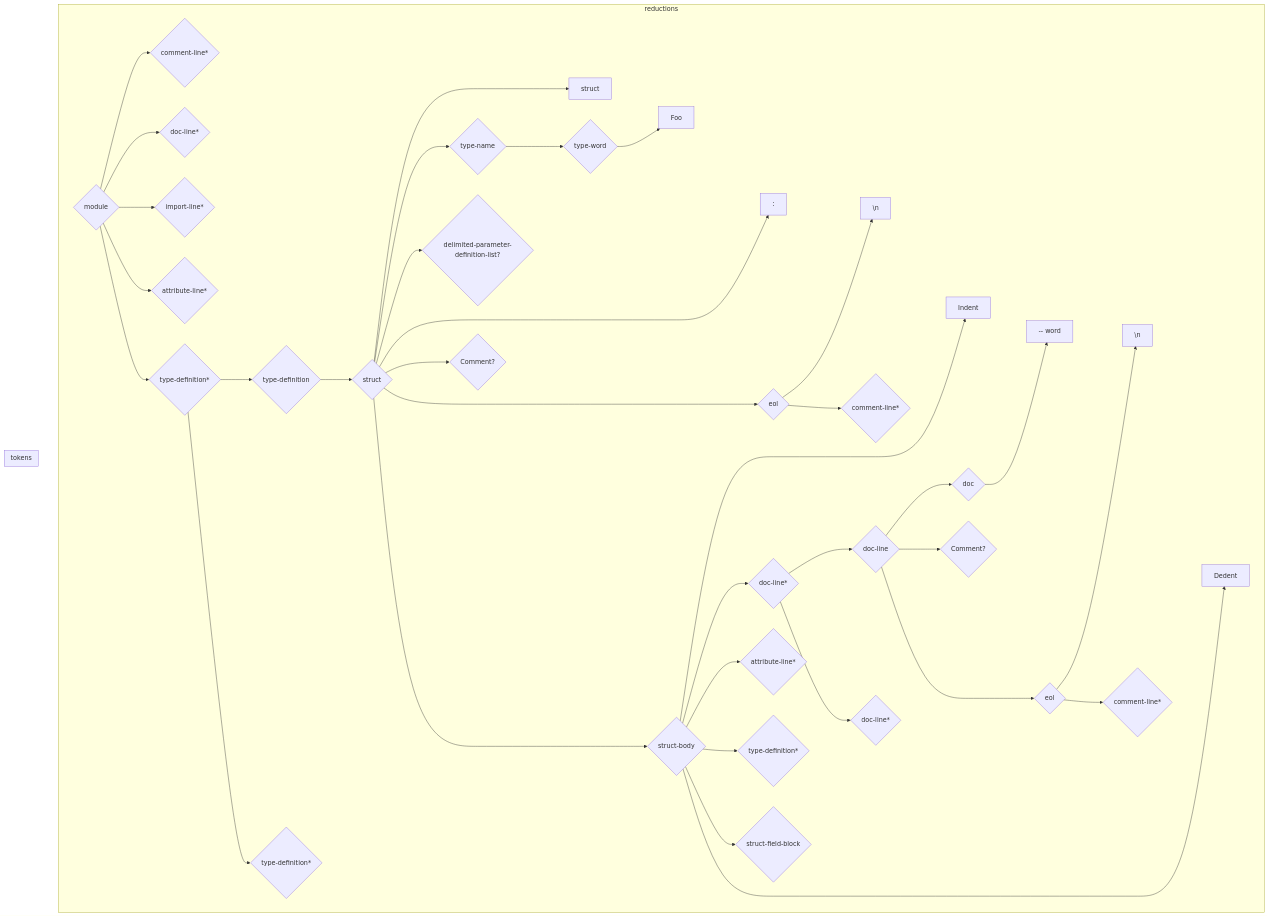
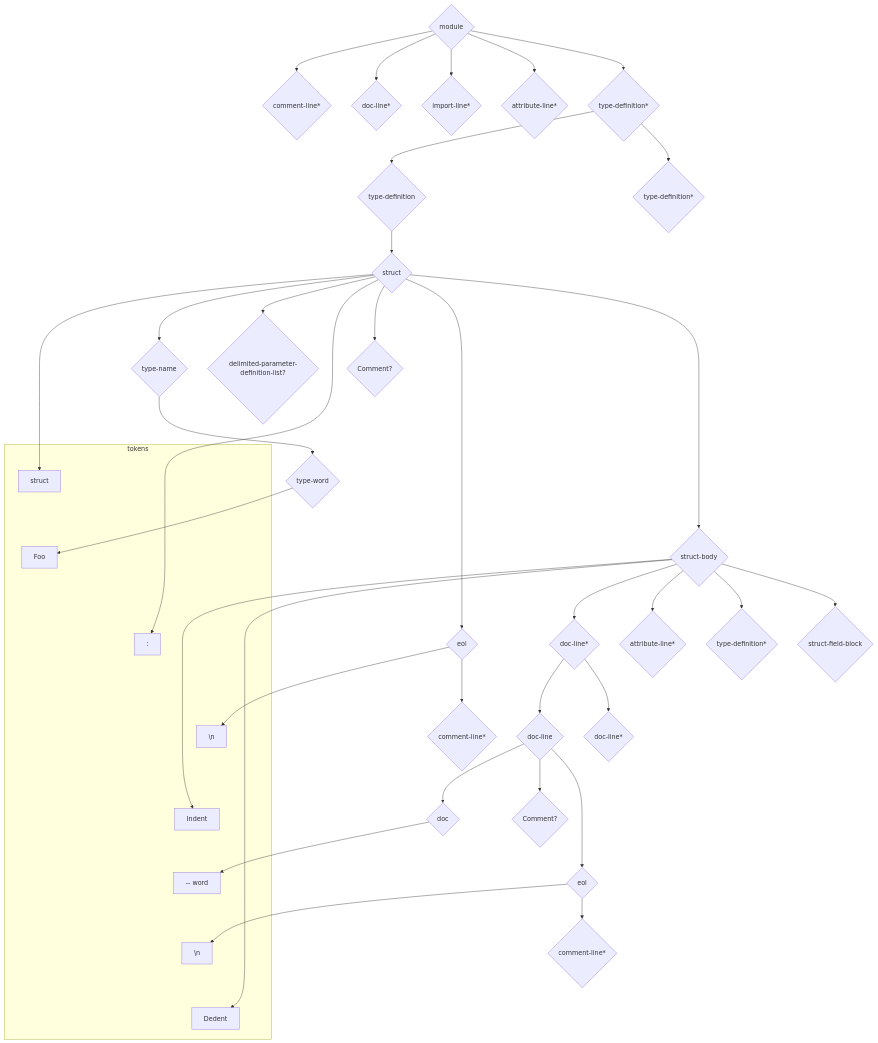
The seventh of 7 diagrams in doc/design.md (reventlov/emboss), drawn with Mermaid before and after one commit.

````diff
--- a/doc/design.md
+++ b/doc/design.md
@@ -472,75 +472,73 @@
 ```mermaid
 graph TD
-  subgraph reductions
-  r0@{shape: diamond, label: "module"}
-  r0 --> r1
-  r0 --> r2
-  r0 --> r3
-  r0 --> r4
-  r0 --> r5
-  r1@{shape: diamond, label: "comment-line*"}
-  r2@{shape: diamond, label: "doc-line*"}
-  r3@{shape: diamond, label: "import-line*"}
-  r4@{shape: diamond, label: "attribute-line*"}
-  r5@{shape: diamond, label: "type-definition*"}
-  r5 --> r6
-  r5 --> r25
-  r6@{shape: diamond, label: "type-definition"}
-  r6 --> r7
-  r7@{shape: diamond, label: "struct"}
-  r7 --> t0
-  r7 --> r8
-  r7 --> r10
-  r7 --> t2
-  r7 --> r11
-  r7 --> r12
-  r7 --> r14
-  r8@{shape: diamond, label: "type-name"}
-  r8 --> r9
-  r9@{shape: diamond, label: "type-word"}
-  r9 --> t1
-  r10@{shape: diamond, label: "delimited-parameter-definition-list?"}
-  r11@{shape: diamond, label: "Comment?"}
-  r12@{shape: diamond, label: "eol"}
-  r12 --> t3
-  r12 --> r13
-  r13@{shape: diamond, label: "comment-line*"}
-  r14@{shape: diamond, label: "struct-body"}
-  r14 --> t4
-  r14 --> r15
-  r14 --> r22
-  r14 --> r23
-  r14 --> r24
-  r14 --> t7
-  r15@{shape: diamond, label: "doc-line*"}
-  r15 --> r16
-  r15 --> r21
-  r16@{shape: diamond, label: "doc-line"}
-  r16 --> r17
-  r16 --> r18
-  r16 --> r19
-  r17@{shape: diamond, label: "doc"}
-  r17 --> t5
-  r18@{shape: diamond, label: "Comment?"}
-  r19@{shape: diamond, label: "eol"}
-  r19 --> t6
-  r19 --> r20
-  r20@{shape: diamond, label: "comment-line*"}
-  r21@{shape: diamond, label: "doc-line*"}
-  r22@{shape: diamond, label: "attribute-line*"}
-  r23@{shape: diamond, label: "type-definition*"}
-  r24@{shape: diamond, label: "struct-field-block"}
-  r25@{shape: diamond, label: "type-definition*"}
-  end
+    r0@{shape: diamond, label: "module"}
+    r0 --> r1
+    r0 --> r2
+    r0 --> r3
+    r0 --> r4
+    r0 --> r5
+    r1@{shape: diamond, label: "comment-line*"}
+    r2@{shape: diamond, label: "doc-line*"}
+    r3@{shape: diamond, label: "import-line*"}
+    r4@{shape: diamond, label: "attribute-line*"}
+    r5@{shape: diamond, label: "type-definition*"}
+    r5 --> r6
+    r5 --> r25
+    r6@{shape: diamond, label: "type-definition"}
+    r6 --> r7
+    r7@{shape: diamond, label: "struct"}
+    r7 --> t0
+    r7 --> r8
+    r7 --> r10
+    r7 --> t2
+    r7 --> r11
+    r7 --> r12
+    r7 --> r14
+    r8@{shape: diamond, label: "type-name"}
+    r8 --> r9
+    r9@{shape: diamond, label: "type-word"}
+    r9 --> t1
+    r10@{shape: diamond, label: "delimited-parameter-definition-list?"}
+    r11@{shape: diamond, label: "Comment?"}
+    r12@{shape: diamond, label: "eol"}
+    r12 --> t3
+    r12 --> r13
+    r13@{shape: diamond, label: "comment-line*"}
+    r14@{shape: diamond, label: "struct-body"}
+    r14 --> t4
+    r14 --> r15
+    r14 --> r22
+    r14 --> r23
+    r14 --> r24
+    r14 --> t7
+    r15@{shape: diamond, label: "doc-line*"}
+    r15 --> r16
+    r15 --> r21
+    r16@{shape: diamond, label: "doc-line"}
+    r16 --> r17
+    r16 --> r18
+    r16 --> r19
+    r17@{shape: diamond, label: "doc"}
+    r17 --> t5
+    r18@{shape: diamond, label: "Comment?"}
+    r19@{shape: diamond, label: "eol"}
+    r19 --> t6
+    r19 --> r20
+    r20@{shape: diamond, label: "comment-line*"}
+    r21@{shape: diamond, label: "doc-line*"}
+    r22@{shape: diamond, label: "attribute-line*"}
+    r23@{shape: diamond, label: "type-definition*"}
+    r24@{shape: diamond, label: "struct-field-block"}
+    r25@{shape: diamond, label: "type-definition*"}
   subgraph tokens
     t0 ~~~ t1 ~~~ t2 ~~~ t3 ~~~ t4 ~~~ t5 ~~~ t6 ~~~ t7
     t0@{shape: rect, label: "struct"}
     t1@{shape: rect, label: "Foo"}
     t2@{shape: rect, label: ":"}
     t3@{shape: rect, label: "\\n"}
     t4@{shape: rect, label: "Indent"}
     t5@{shape: rect, label: "-- word"}
     t6@{shape: rect, label: "\\n"}
     t7@{shape: rect, label: "Dedent"}
   end
 ```
````
